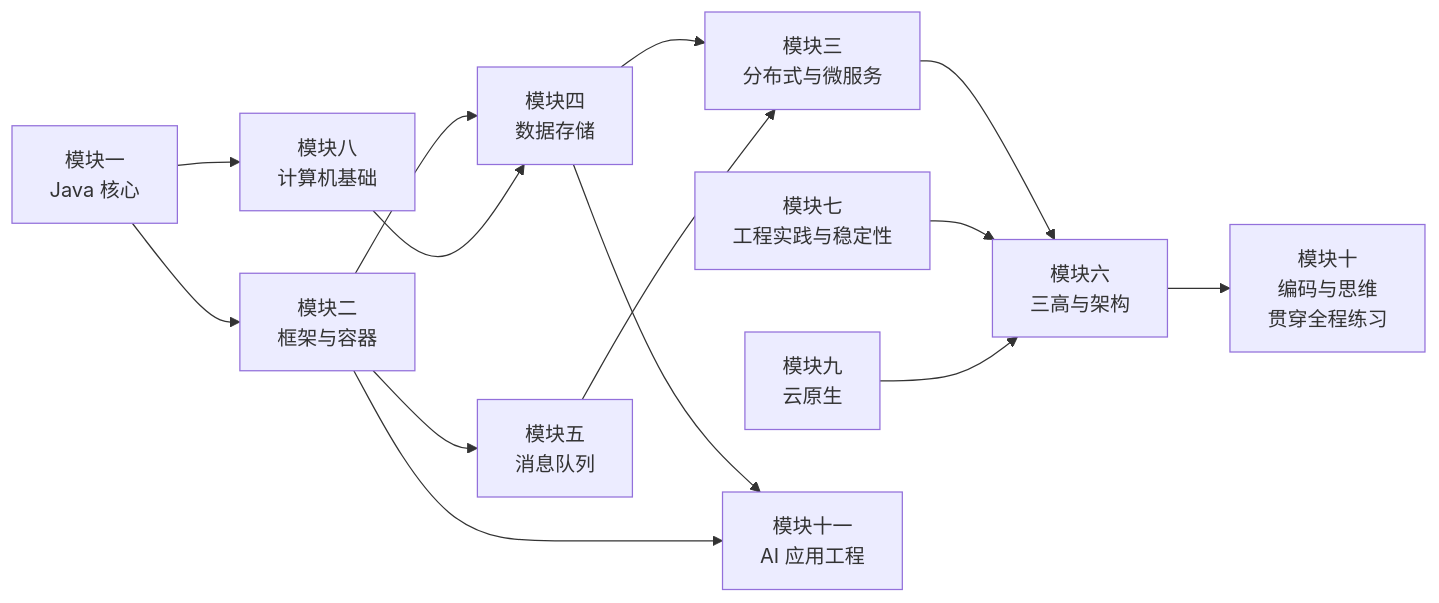
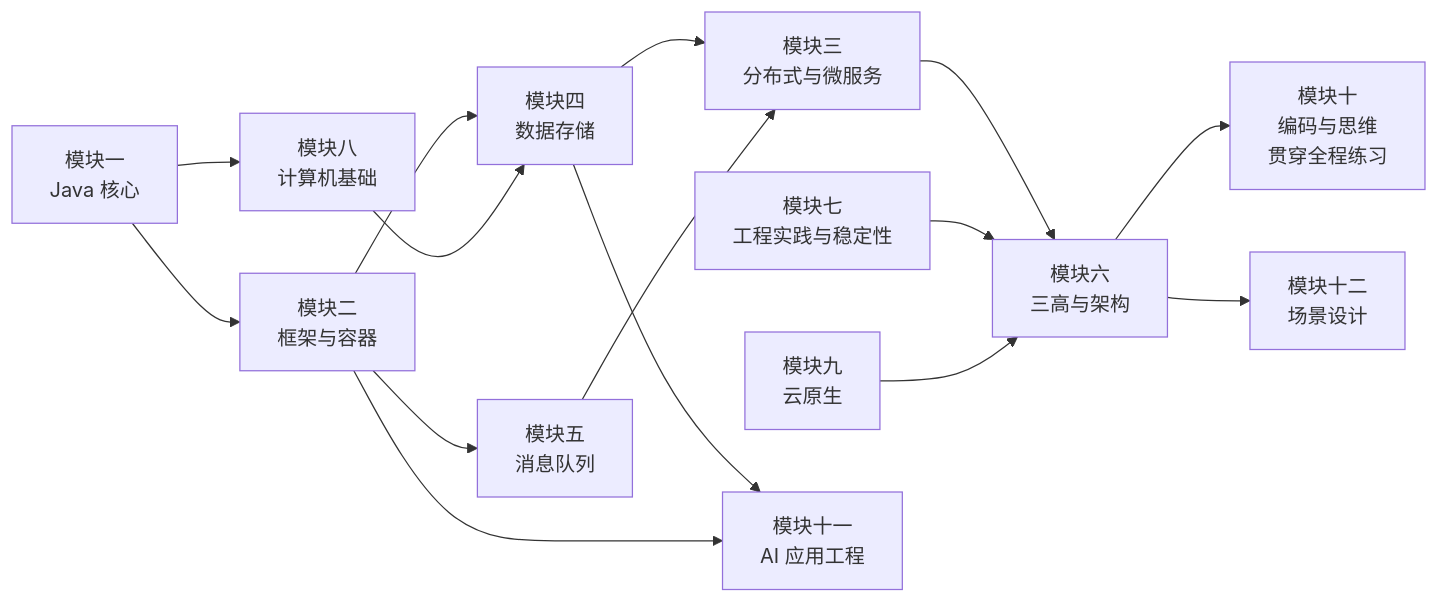
Before and after one commit to liulangjietou/interview: the diagram in README.md, drawn with Mermaid. The commit also changed other lines of this file and 2 other files, not shown here.

````diff
--- a/README.md
+++ b/README.md
@@ -162,16 +170,17 @@
 ```mermaid
 flowchart LR
     A["模块一<br/>Java 核心"] --> B["模块二<br/>框架与容器"]
     A --> H["模块八<br/>计算机基础"]
     B --> D["模块四<br/>数据存储"]
     B --> E["模块五<br/>消息队列"]
     H --> D
     D --> C["模块三<br/>分布式与微服务"]
     E --> C
     C --> F["模块六<br/>三高与架构"]
     G["模块七<br/>工程实践与稳定性"] --> F
     I["模块九<br/>云原生"] --> F
     F --> J["模块十<br/>编码与思维<br/>贯穿全程练习"]
+    F --> L["模块十二<br/>场景设计"]
     D --> K["模块十一<br/>AI 应用工程"]
     B --> K
 ```
````
